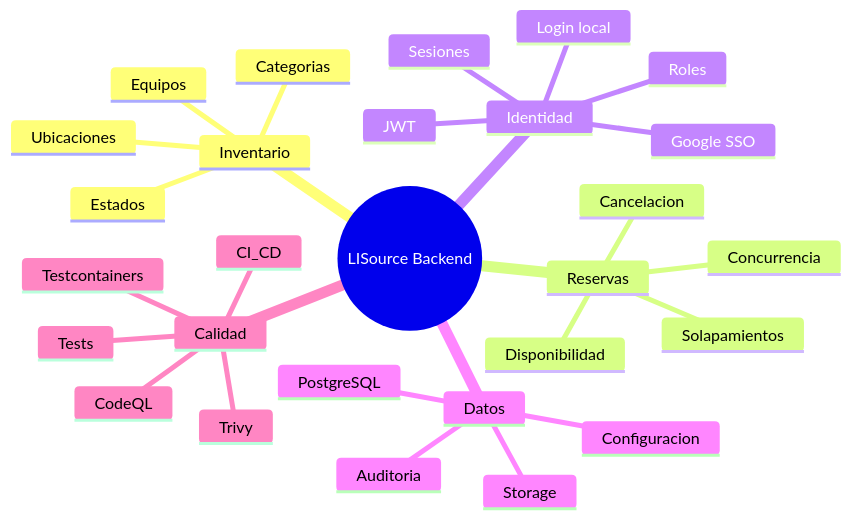
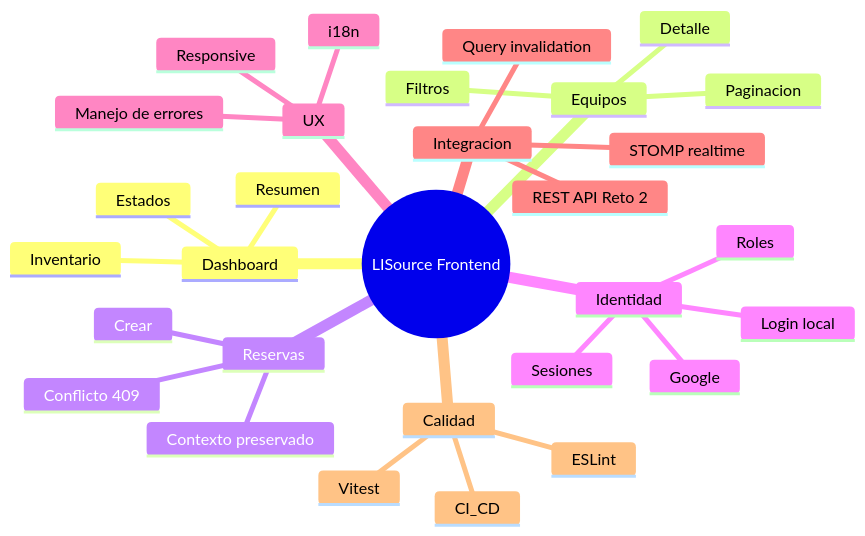
One commit to lisudea/technical-test-2026-2 changed the first of 19 diagrams in lisource-frontend/README.md. Above: the diagram before and after it, drawn with Mermaid. The commit also changed other lines of this file and 1 other file, not shown here.

Commit message:
docs(frontend): refine project documentation

````diff
--- a/lisource-frontend/README.md
+++ b/lisource-frontend/README.md
@@ -111,31 +116,33 @@
 ```mermaid
 mindmap
-  root((LISource Backend))
-    Inventario
-      Equipos
-      Categorias
-      Ubicaciones
+  root((LISource Frontend))
+    Dashboard
+      Inventario
       Estados
+      Resumen
+    Equipos
+      Filtros
+      Paginacion
+      Detalle
     Reservas
-      Disponibilidad
-      Solapamientos
-      Concurrencia
-      Cancelacion
+      Crear
+      Conflicto 409
+      Contexto preservado
     Identidad
       Login local
-      Google SSO
-      JWT
+      Google
       Roles
       Sesiones
-    Datos
-      PostgreSQL
-      Auditoria
-      Configuracion
-      Storage
+    UX
+      Responsive
+      i18n
+      Manejo de errores
+    Integracion
+      REST API Reto 2
+      STOMP realtime
+      Query invalidation
     Calidad
-      Tests
-      Testcontainers
-      CodeQL
-      Trivy
+      Vitest
+      ESLint
       CI_CD
 ```
````
